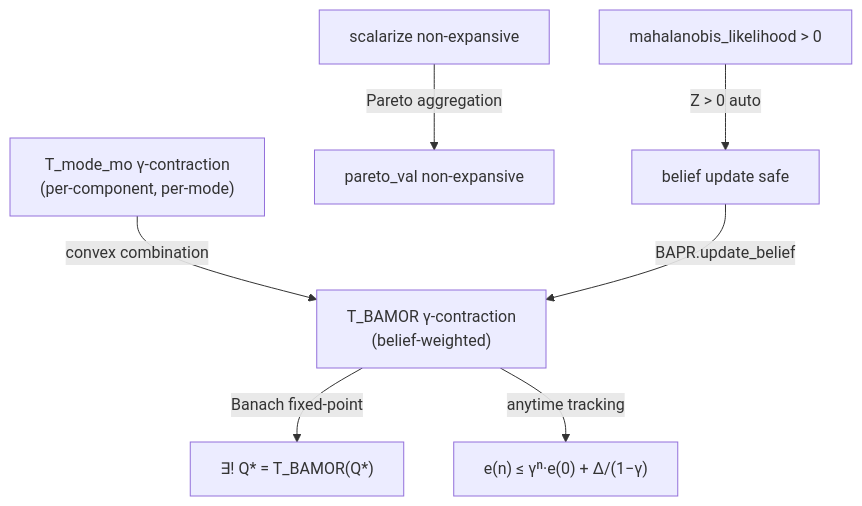
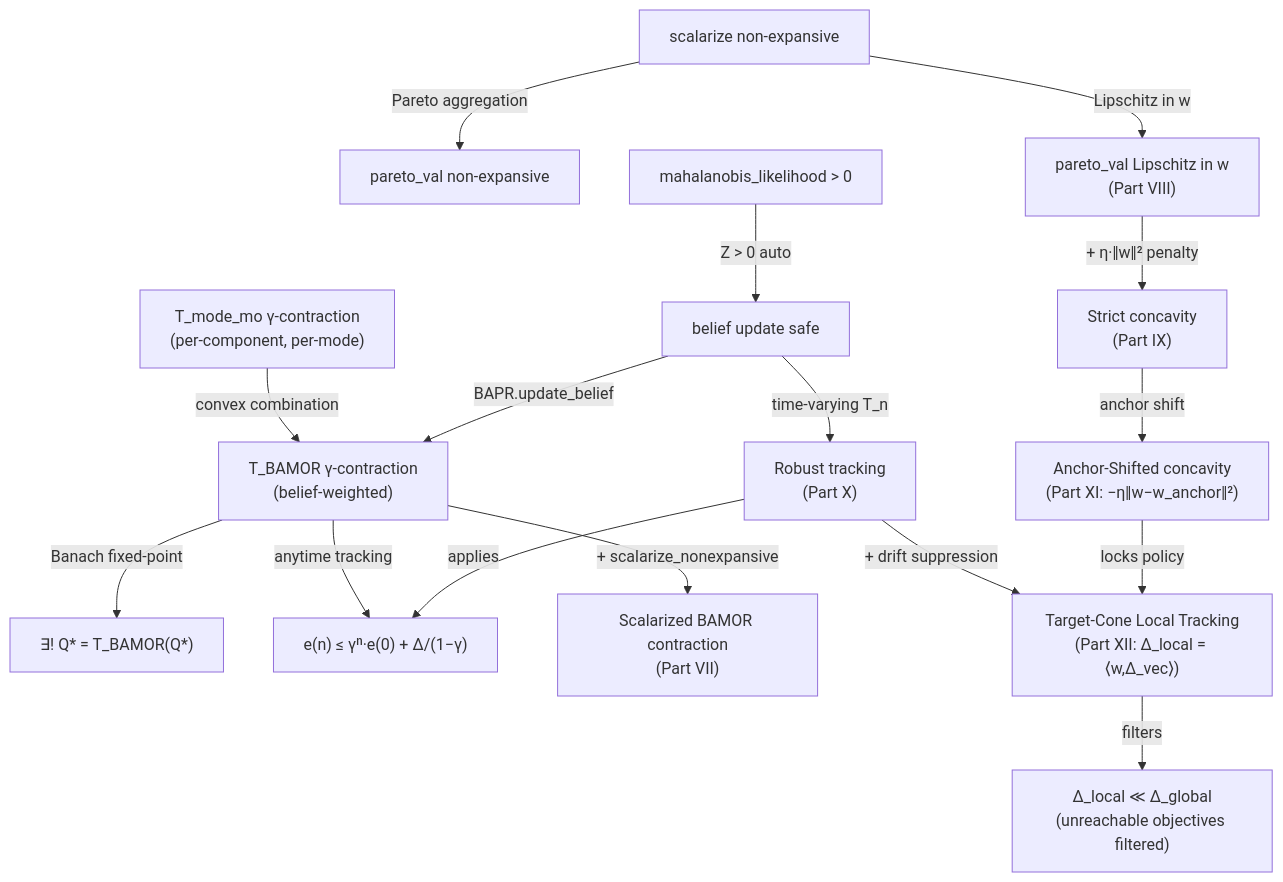
One commit to erzhu419/BAMOR changed the diagram in BAMOR_engineering_doc.md. Above: the diagram before and after it, drawn with Mermaid. The commit also changed other lines of this file and 74 other files, not shown here.

````diff
--- a/BAMOR_engineering_doc.md
+++ b/BAMOR_engineering_doc.md
@@ -82,9 +112,18 @@
 ```mermaid
 graph TD
     A["T_mode_mo γ-contraction<br/>(per-component, per-mode)"] -->|"convex combination"| B["T_BAMOR γ-contraction<br/>(belief-weighted)"]
     B -->|"Banach fixed-point"| C["∃! Q* = T_BAMOR(Q*)"]
     B -->|"anytime tracking"| D["e(n) ≤ γⁿ·e(0) + Δ/(1−γ)"]
     E["scalarize non-expansive"] -->|"Pareto aggregation"| F["pareto_val non-expansive"]
     G["mahalanobis_likelihood > 0"] -->|"Z > 0 auto"| H["belief update safe"]
     H -->|"BAPR.update_belief"| B
+    B -->|"+ scalarize_nonexpansive"| I["Scalarized BAMOR contraction<br/>(Part VII)"]
+    E -->|"Lipschitz in w"| J["pareto_val Lipschitz in w<br/>(Part VIII)"]
+    J -->|"+ η·‖w‖² penalty"| K["Strict concavity<br/>(Part IX)"]
+    K -->|"anchor shift"| K2["Anchor-Shifted concavity<br/>(Part XI: −η‖w−w_anchor‖²)"]
+    H -->|"time-varying T_n"| L["Robust tracking<br/>(Part X)"]
+    L -->|"applies"| D
+    L -->|"+ drift suppression"| M["Target-Cone Local Tracking<br/>(Part XII: Δ_local = ⟨w,Δ_vec⟩)"]
+    M -->|"filters"| D2["Δ_local ≪ Δ_global<br/>(unreachable objectives filtered)"]
+    K2 -->|"locks policy"| M
 ```
````
